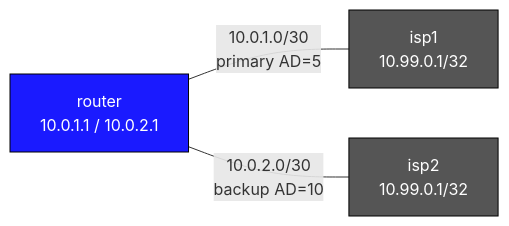
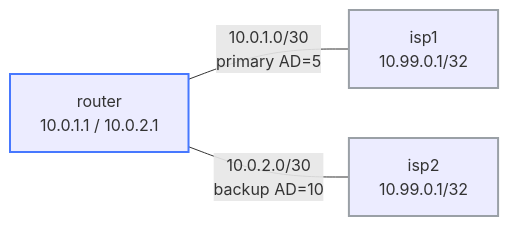
Before and after one commit to jschless/networkingLabs: the diagram in labs/ip-sla-tracking/README.md, drawn with Mermaid. The commit also changed 250 other files, not shown here.

Commit message:
Fix unreadable topology diagrams, convert ASCII art, publish assessments (#57)

````diff
--- a/labs/ip-sla-tracking/README.md
+++ b/labs/ip-sla-tracking/README.md
@@ -12,14 +12,14 @@
 ```mermaid
 flowchart LR
-    router["router\n10.0.1.1 / 10.0.2.1"]
-    isp1["isp1\n10.99.0.1/32"]
-    isp2["isp2\n10.99.0.1/32"]
+    router["router<br/>10.0.1.1 / 10.0.2.1"]
+    isp1["isp1<br/>10.99.0.1/32"]
+    isp2["isp2<br/>10.99.0.1/32"]
 
-    router -- "10.0.1.0/30\nprimary AD=5" --- isp1
-    router -- "10.0.2.0/30\nbackup AD=10" --- isp2
+    router -- "10.0.1.0/30<br/>primary AD=5" --- isp1
+    router -- "10.0.2.0/30<br/>backup AD=10" --- isp2
 
-    classDef router fill:#1a1aff,color:#fff,stroke:#000
-    classDef isp    fill:#555,color:#fff,stroke:#000
+    classDef router stroke:#4778ff,stroke-width:2px
+    classDef isp stroke:#9aa0a6,stroke-width:2px
     class router router
     class isp1,isp2 isp
 ```
````
